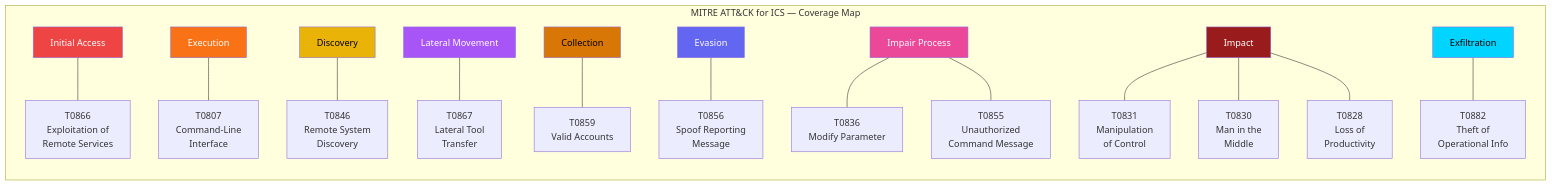
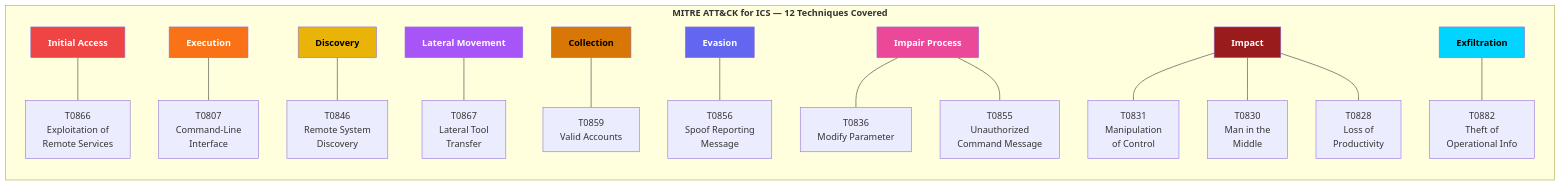
Before and after one commit to Alqaly/smart-city-ids: diagram 15 of 20 in docs/CAPSTONE_FIGURES.md, drawn with Mermaid. The commit also changed other lines of this file, not shown here.

First line of the commit message:
Improve figures file: exact placement labels + enhanced diagrams

````diff
--- a/docs/CAPSTONE_FIGURES.md
+++ b/docs/CAPSTONE_FIGURES.md
@@ -612,28 +634,37 @@
 ```mermaid
 graph TB
-    subgraph MITRE["MITRE ATT&CK for ICS — Coverage Map"]
+    subgraph MITRE["<b>MITRE ATT&CK for ICS — 12 Techniques Covered</b>"]
         direction TB
-        IA["Initial Access"] --- T866["T0866\nExploitation of\nRemote Services"]
-        EX["Execution"] --- T807["T0807\nCommand-Line\nInterface"]
-        DIS["Discovery"] --- T846["T0846\nRemote System\nDiscovery"]
-        LM["Lateral Movement"] --- T867["T0867\nLateral Tool\nTransfer"]
-        COL["Collection"] --- T859["T0859\nValid Accounts"]
-        EVA["Evasion"] --- T856["T0856\nSpoof Reporting\nMessage"]
-        IMP["Impair Process"] --- T836["T0836\nModify Parameter"]
-        IMP --- T855["T0855\nUnauthorized\nCommand Message"]
-        IMPACT["Impact"] --- T831["T0831\nManipulation\nof Control"]
-        IMPACT --- T830["T0830\nMan in the\nMiddle"]
-        IMPACT --- T828["T0828\nLoss of\nProductivity"]
-        EXFIL["Exfiltration"] --- T882["T0882\nTheft of\nOperational Info"]
+
+        IA["<b>Initial Access</b>"] --- T866["T0866<br/>Exploitation of<br/>Remote Services"]
+
+        EX["<b>Execution</b>"] --- T807["T0807<br/>Command-Line<br/>Interface"]
+
+        DIS["<b>Discovery</b>"] --- T846["T0846<br/>Remote System<br/>Discovery"]
+
+        LM["<b>Lateral Movement</b>"] --- T867["T0867<br/>Lateral Tool<br/>Transfer"]
+
+        COL["<b>Collection</b>"] --- T859["T0859<br/>Valid Accounts"]
+
+        EVA["<b>Evasion</b>"] --- T856["T0856<br/>Spoof Reporting<br/>Message"]
+
+        IMP["<b>Impair Process</b>"] --- T836["T0836<br/>Modify Parameter"]
+        IMP --- T855["T0855<br/>Unauthorized<br/>Command Message"]
+
+        IMPACT["<b>Impact</b>"] --- T831["T0831<br/>Manipulation<br/>of Control"]
+        IMPACT --- T830["T0830<br/>Man in the<br/>Middle"]
+        IMPACT --- T828["T0828<br/>Loss of<br/>Productivity"]
+
+        EXFIL["<b>Exfiltration</b>"] --- T882["T0882<br/>Theft of<br/>Operational Info"]
     end
 
     style IA fill:#ef4444,color:#fff
     style EX fill:#f97316,color:#fff
     style DIS fill:#eab308,color:#000
     style LM fill:#a855f7,color:#fff
     style COL fill:#d97706,color:#000
     style EVA fill:#6366f1,color:#fff
     style IMP fill:#ec4899,color:#fff
     style IMPACT fill:#991b1b,color:#fff
     style EXFIL fill:#00d4ff,color:#000
 ```
````
